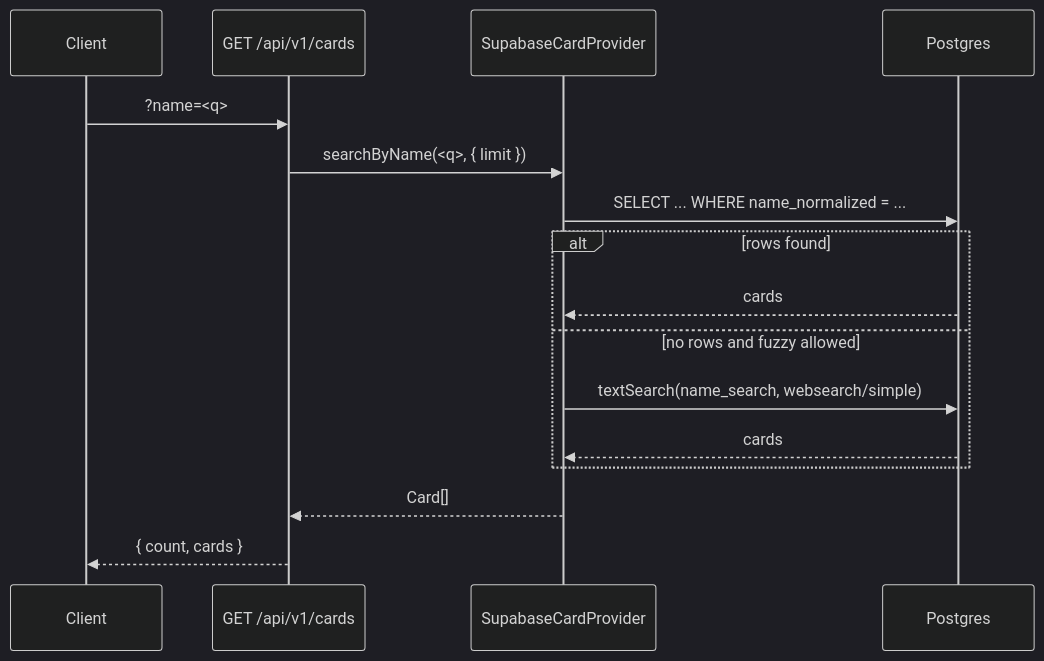
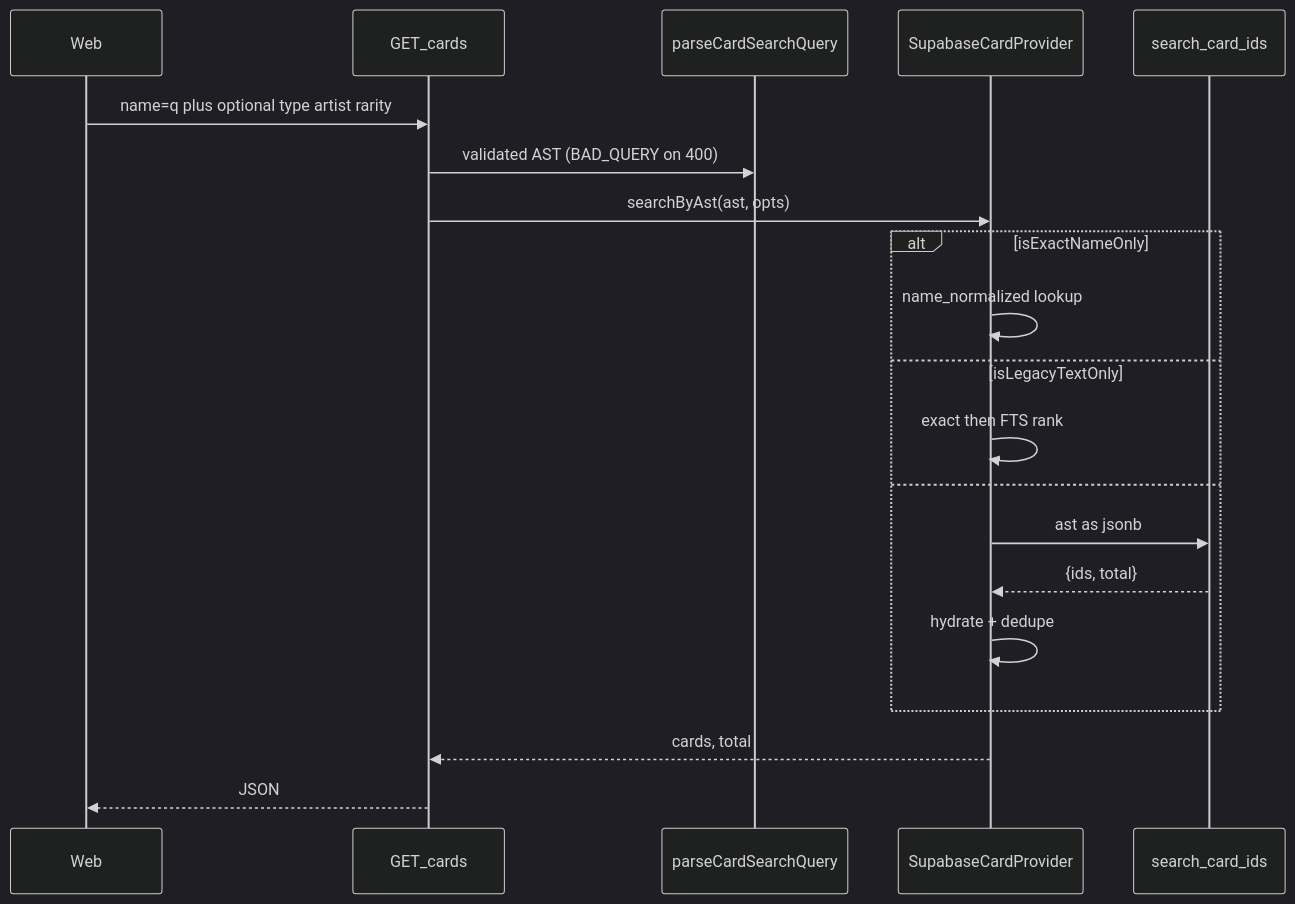
The diagram in packages/api/docs/search.md (EggsLeggs/Riftseer), drawn with Mermaid (dark theme) before and after one commit. The commit also changed other lines of this file and 14 other files, not shown here.

First line of the commit message:
feat(api): implement advanced card search query language and update API documentation

````diff
--- a/packages/api/docs/search.md
+++ b/packages/api/docs/search.md
@@ -64,19 +63,23 @@
 ```mermaid
 sequenceDiagram
-    participant Client
-    participant API as GET /api/v1/cards
-    participant Provider as SupabaseCardProvider
-    participant PG as Postgres
+  participant Web
+  participant API as GET_cards
+  participant Parse as parseCardSearchQuery
+  participant Prov as SupabaseCardProvider
+  participant RPC as search_card_ids
 
-    Client->>API: ?name=<q>
-    API->>Provider: searchByName(<q>, { limit })
-    Provider->>PG: SELECT ... WHERE name_normalized = ...
-    alt rows found
-        PG-->>Provider: cards
-    else no rows and fuzzy allowed
-        Provider->>PG: textSearch(name_search, websearch/simple)
-        PG-->>Provider: cards
-    end
-    Provider-->>API: Card[]
-    API-->>Client: { count, cards }
+  Web->>API: name=q plus optional type artist rarity
+  API->>Parse: validated AST (BAD_QUERY on 400)
+  API->>Prov: searchByAst(ast, opts)
+  alt isExactNameOnly
+    Prov->>Prov: name_normalized lookup
+  else isLegacyTextOnly
+    Prov->>Prov: exact then FTS rank
+  else
+    Prov->>RPC: ast as jsonb
+    RPC-->>Prov: {ids, total}
+    Prov->>Prov: hydrate + dedupe
+  end
+  Prov-->>API: cards, total
+  API-->>Web: JSON
 ```
````
